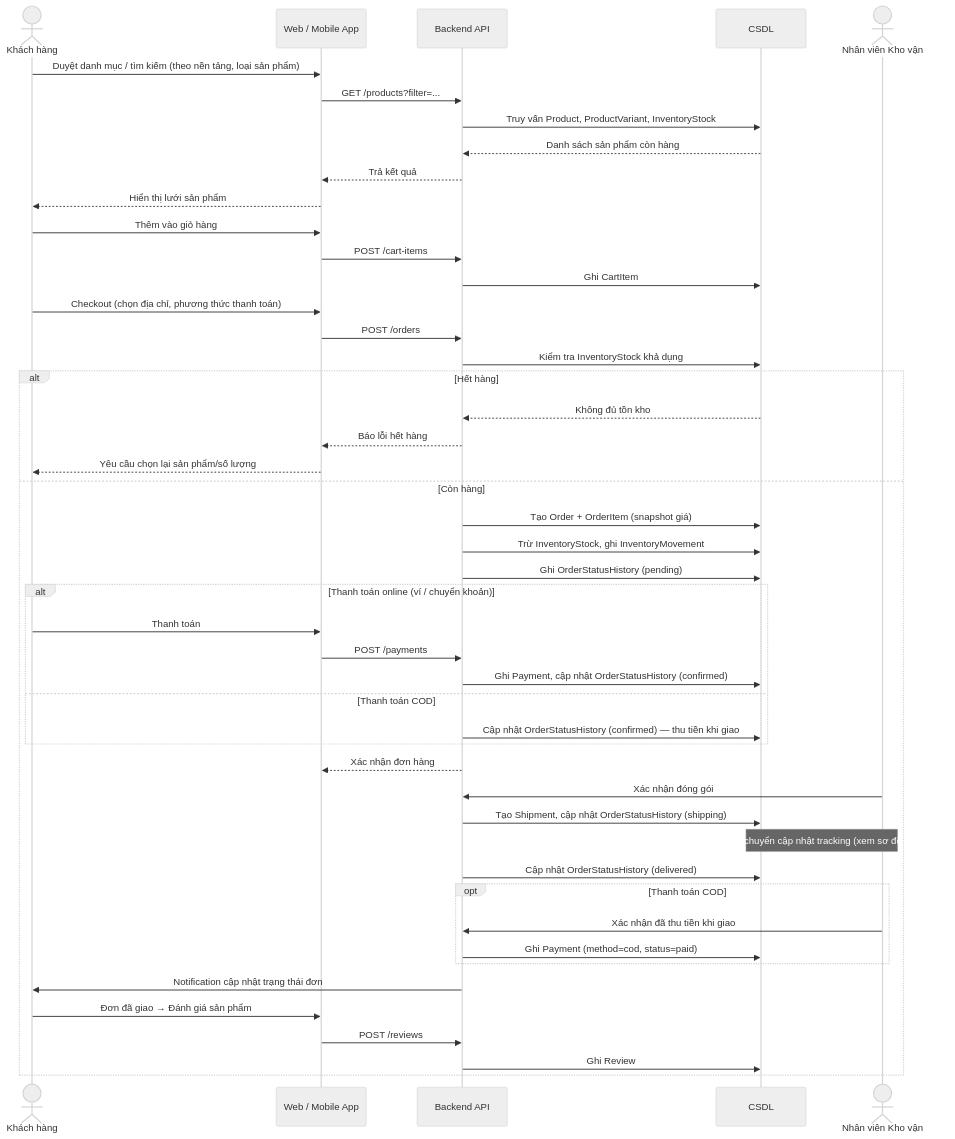
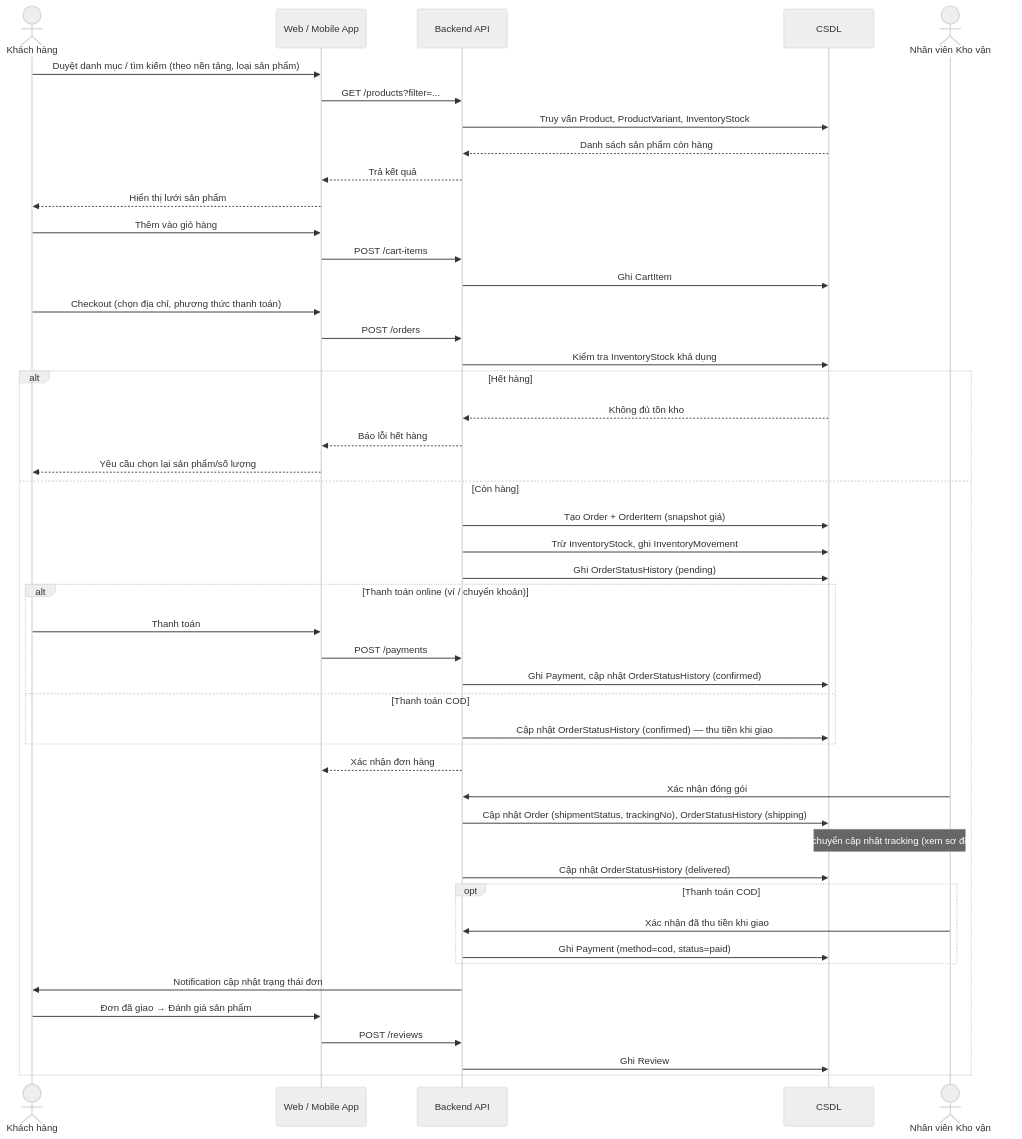
The seventh of 11 diagrams in docs/project-overview.md (KhanhChung2k5/Shopee), drawn with Mermaid (neutral theme) before and after one commit. The commit also changed other lines of this file and 1 other file, not shown here.

Commit message:
update db diagram v2

````diff
--- a/docs/project-overview.md
+++ b/docs/project-overview.md
@@ -223,57 +226,57 @@
 ```mermaid
 sequenceDiagram
     actor KH as Khách hàng
     participant FE as Web / Mobile App
     participant BE as Backend API
     participant DB as CSDL
     actor NVK as Nhân viên Kho vận
 
     KH->>FE: Duyệt danh mục / tìm kiếm (theo nền tảng, loại sản phẩm)
     FE->>BE: GET /products?filter=...
     BE->>DB: Truy vấn Product, ProductVariant, InventoryStock
     DB-->>BE: Danh sách sản phẩm còn hàng
     BE-->>FE: Trả kết quả
     FE-->>KH: Hiển thị lưới sản phẩm
 
     KH->>FE: Thêm vào giỏ hàng
     FE->>BE: POST /cart-items
     BE->>DB: Ghi CartItem
 
     KH->>FE: Checkout (chọn địa chỉ, phương thức thanh toán)
     FE->>BE: POST /orders
     BE->>DB: Kiểm tra InventoryStock khả dụng
 
     alt Hết hàng
         DB-->>BE: Không đủ tồn kho
         BE-->>FE: Báo lỗi hết hàng
         FE-->>KH: Yêu cầu chọn lại sản phẩm/số lượng
     else Còn hàng
         BE->>DB: Tạo Order + OrderItem (snapshot giá)
         BE->>DB: Trừ InventoryStock, ghi InventoryMovement
         BE->>DB: Ghi OrderStatusHistory (pending)
 
         alt Thanh toán online (ví / chuyển khoản)
             KH->>FE: Thanh toán
             FE->>BE: POST /payments
             BE->>DB: Ghi Payment, cập nhật OrderStatusHistory (confirmed)
         else Thanh toán COD
             BE->>DB: Cập nhật OrderStatusHistory (confirmed) — thu tiền khi giao
         end
         BE-->>FE: Xác nhận đơn hàng
 
         NVK->>BE: Xác nhận đóng gói
-        BE->>DB: Tạo Shipment, cập nhật OrderStatusHistory (shipping)
+        BE->>DB: Cập nhật Order (shipmentStatus, trackingNo), OrderStatusHistory (shipping)
         Note over NVK,DB: Đơn vị vận chuyển cập nhật tracking (xem sơ đồ ngữ cảnh)
         BE->>DB: Cập nhật OrderStatusHistory (delivered)
 
         opt Thanh toán COD
             NVK->>BE: Xác nhận đã thu tiền khi giao
             BE->>DB: Ghi Payment (method=cod, status=paid)
         end
 
         BE->>KH: Notification cập nhật trạng thái đơn
         KH->>FE: Đơn đã giao → Đánh giá sản phẩm
         FE->>BE: POST /reviews
         BE->>DB: Ghi Review
     end
 ```
````
